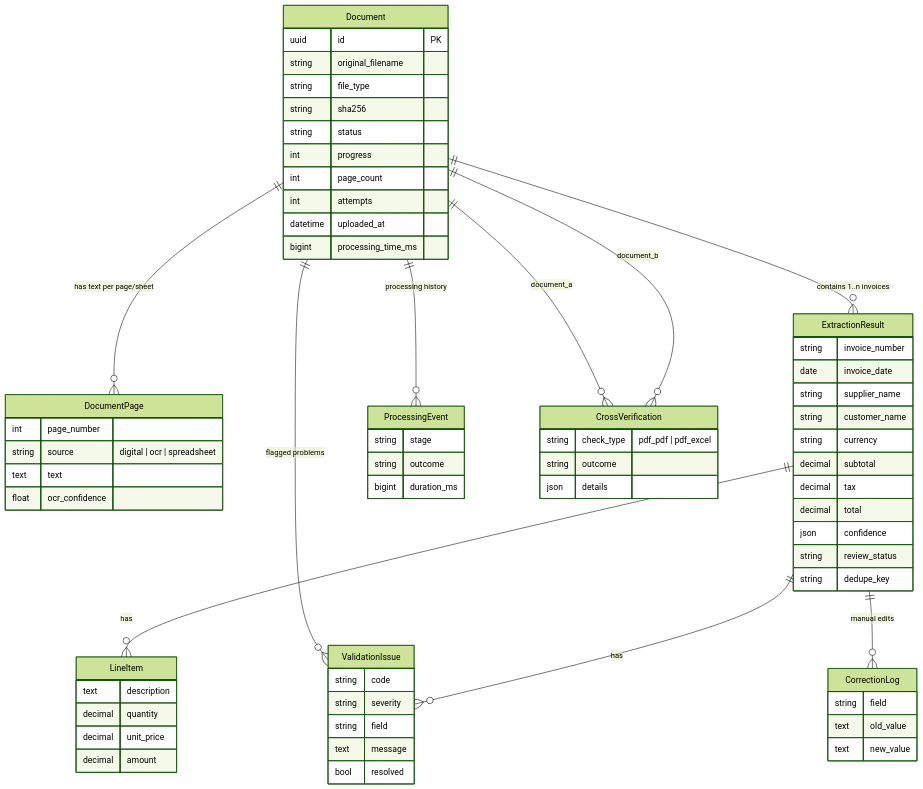
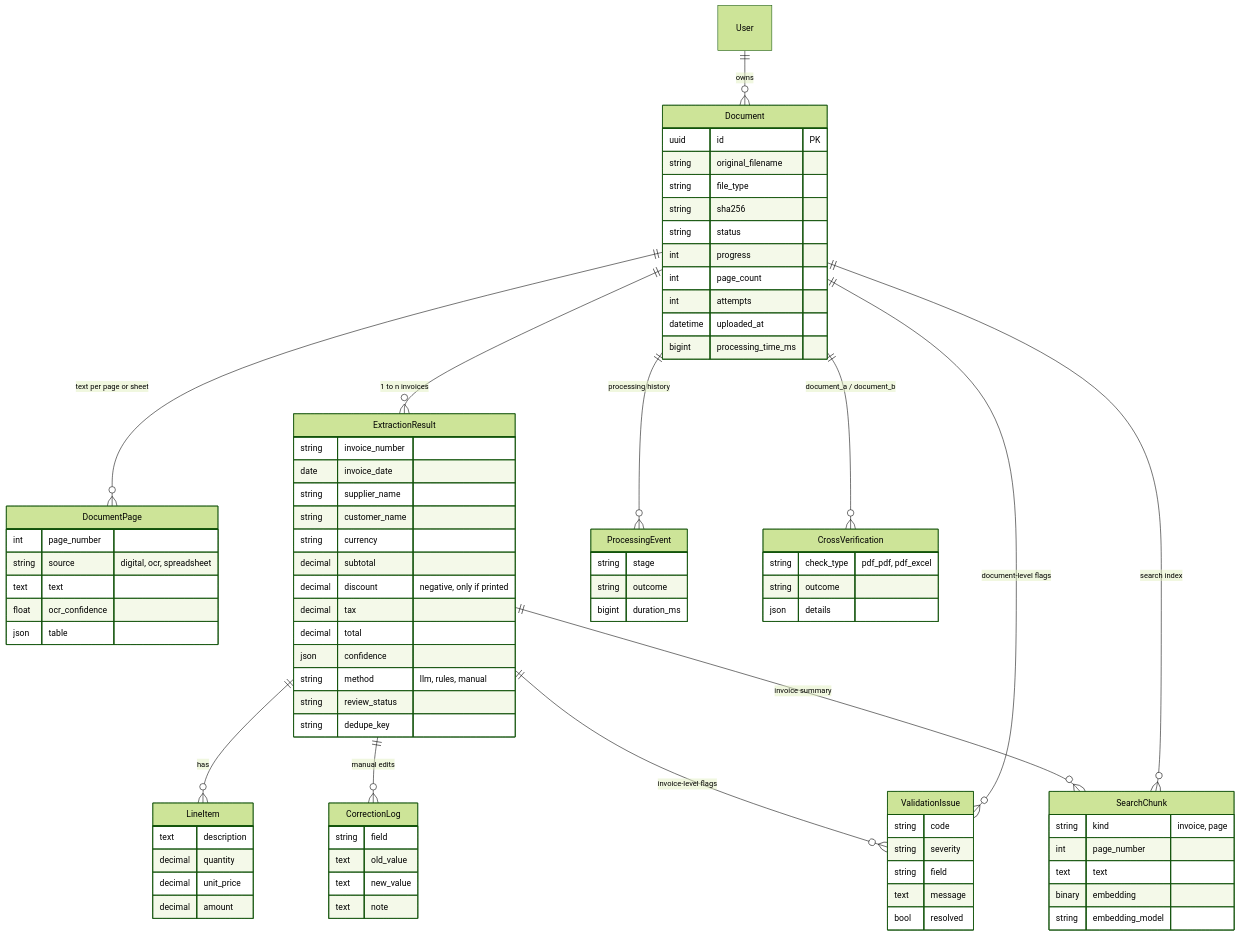
The diagram in docs/DATABASE_SCHEMA.md (Nayeem131136/docintel-ai-document-intelligence-system), drawn with Mermaid (forest theme) before and after one commit. The commit also changed other lines of this file and 28 other files, not shown here.

````diff
--- a/docs/DATABASE_SCHEMA.md
+++ b/docs/DATABASE_SCHEMA.md
@@ -6,14 +9,16 @@
 ```mermaid
 erDiagram
-    Document ||--o{ DocumentPage : "has text per page/sheet"
-    Document ||--o{ ExtractionResult : "contains 1..n invoices"
+    User ||--o{ Document : owns
+    Document ||--o{ DocumentPage : "text per page or sheet"
+    Document ||--o{ ExtractionResult : "1 to n invoices"
     Document ||--o{ ProcessingEvent : "processing history"
-    Document ||--o{ ValidationIssue : "flagged problems"
-    ExtractionResult ||--o{ LineItem : "has"
-    ExtractionResult ||--o{ ValidationIssue : "has"
+    Document ||--o{ ValidationIssue : "document-level flags"
+    Document ||--o{ SearchChunk : "search index"
+    Document ||--o{ CrossVerification : "document_a / document_b"
+    ExtractionResult ||--o{ LineItem : has
+    ExtractionResult ||--o{ ValidationIssue : "invoice-level flags"
     ExtractionResult ||--o{ CorrectionLog : "manual edits"
-    Document ||--o{ CrossVerification : "document_a"
-    Document ||--o{ CrossVerification : "document_b"
+    ExtractionResult ||--o{ SearchChunk : "invoice summary"
 
     Document {
         uuid id PK
@@ -29,9 +34,10 @@
     }
     DocumentPage {
         int page_number
-        string source "digital | ocr | spreadsheet"
+        string source "digital, ocr, spreadsheet"
         text text
         float ocr_confidence
+        json table
     }
     ExtractionResult {
         string invoice_number
@@ -40,9 +46,11 @@
         string customer_name
         string currency
         decimal subtotal
+        decimal discount "negative, only if printed"
         decimal tax
         decimal total
         json confidence
+        string method "llm, rules, manual"
         string review_status
         string dedupe_key
     }
@@ -63,6 +71,7 @@
         string field
         text old_value
         text new_value
+        text note
     }
     ProcessingEvent {
         string stage
@@ -70,8 +79,15 @@
         bigint duration_ms
     }
     CrossVerification {
-        string check_type "pdf_pdf | pdf_excel"
+        string check_type "pdf_pdf, pdf_excel"
         string outcome
         json details
     }
+    SearchChunk {
+        string kind "invoice, page"
+        int page_number
+        text text
+        binary embedding
+        string embedding_model
+    }
 ```
````
